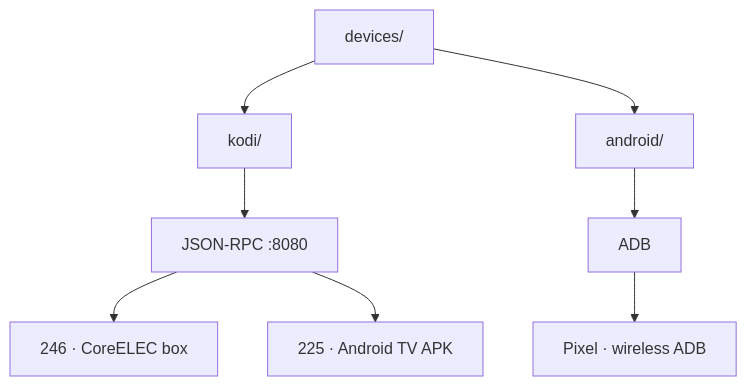
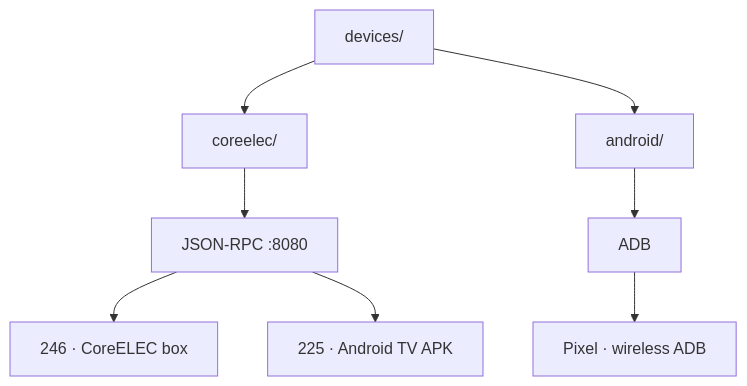
Before and after one commit to toxicwind/estate: the diagram in devices/README.md, drawn with Mermaid. The commit also changed other lines of this file and 482 other files, not shown here.

Commit message:
feat(devices): rename kodi -> coreelec (box 246 is CoreELEC 21.3); add .env/.env.example/.gitignore + live inventory; repoint android-fleet daemons to fleet/devices

````diff
--- a/devices/README.md
+++ b/devices/README.md
@@ -18,10 +18,10 @@
 ```mermaid
 flowchart TD
-    D[devices/] --> K[kodi/]
+    D[devices/] --> K[coreelec/]
     D --> A[android/]
     K --> KR[JSON-RPC :8080]
     A --> AA[ADB]
     KR --> B246[246 · CoreELEC box]
     KR --> B225[225 · Android TV APK]
     AA --> PXL[Pixel · wireless ADB]
 ```
````
